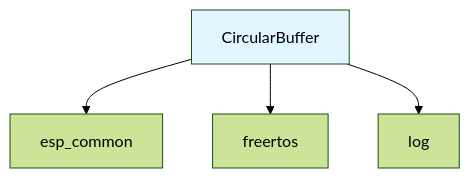
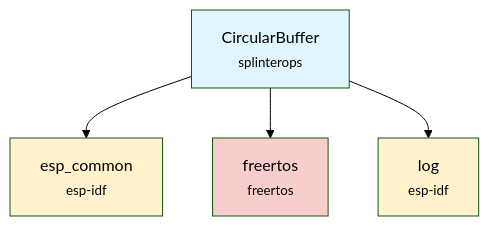
Before and after one commit to joehacksalot/splinterops-badge-fw: the diagram in components/circular_buffer/README.md, drawn with Mermaid (forest theme). The commit also changed 4 other files, not shown here.

````diff
--- a/components/circular_buffer/README.md
+++ b/components/circular_buffer/README.md
@@ -115,8 +115,16 @@
 ```mermaid
 graph TD
-    A[CircularBuffer] --> B[esp_common]
-    A --> C[freertos]
-    A --> D[log]
+    A["CircularBuffer<br/><small>splinterops</small>"] --> B["esp_common<br/><small>esp-idf</small>"]
+    A --> C["freertos<br/><small>freertos</small>"]
+    A --> D["log<br/><small>esp-idf</small>"]
     
+    %% SplinterOps components
     style A fill:#e1f5fe
+    
+    %% ESP-IDF components
+    style B fill:#fff2cc
+    style D fill:#fff2cc
+    
+    %% FreeRTOS components
+    style C fill:#f8cecc
 ```
````
